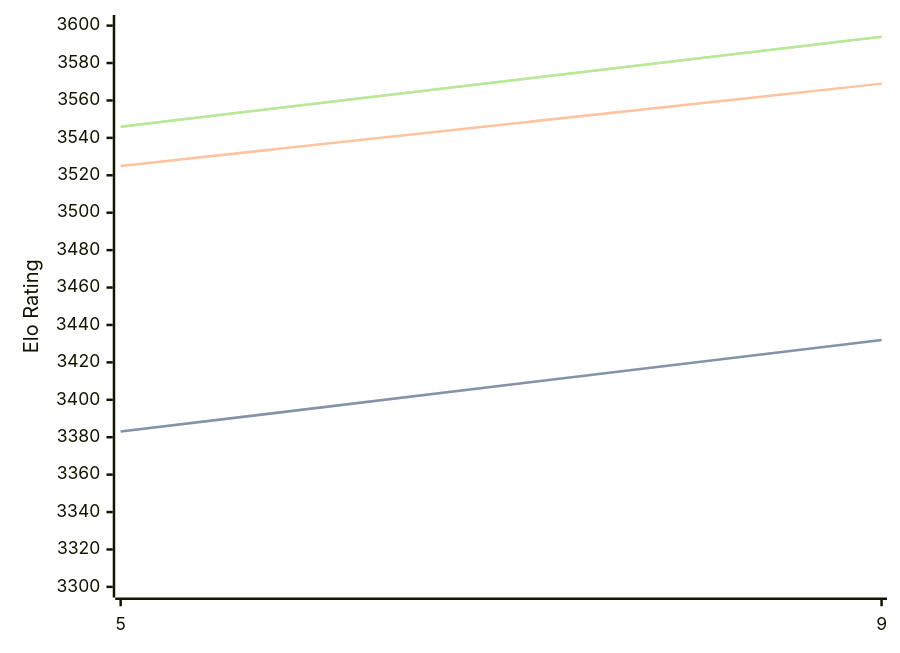
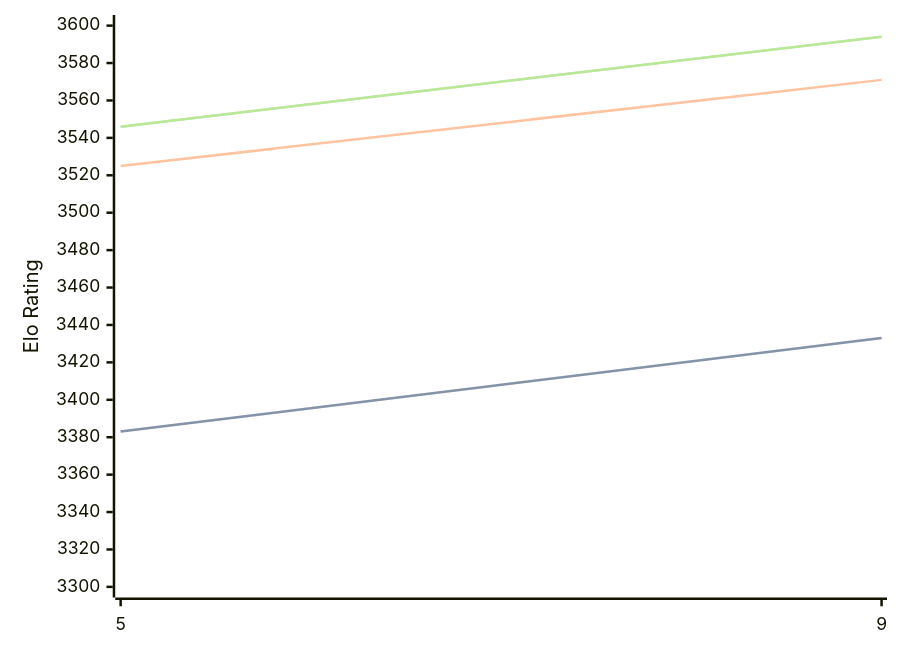
Before and after one commit to computer-chess-index/cci: the diagram in engines/Crystal.md, drawn with Mermaid. The commit also changed other lines of this file, not shown here.

````diff
--- a/engines/Crystal.md
+++ b/engines/Crystal.md
@@ -32,11 +32,11 @@
 ```mermaid
 %%{init: {"theme":"base","themeVariables":{"seriesColors:['#a3a3a3','#222221','#faa371']}}}%%
 xychart-beta
   x-axis ["5", "9"]
   y-axis "Elo Rating" 3300 --> 3600
-  line "" [3383, 3432]
-  line "STC (8.0+0.08s)" [3383, 3432]
-  line "LTC (60.0+0.60s)" [3525, 3569]
+  line "" [3383, 3433]
+  line "STC (8.0+0.08s)" [3383, 3433]
+  line "LTC (60.0+0.60s)" [3525, 3571]
   line "" [3546, 3594]
   line "VLTC (2m24s+1.12s)" [3546, 3594]
 ```
````
